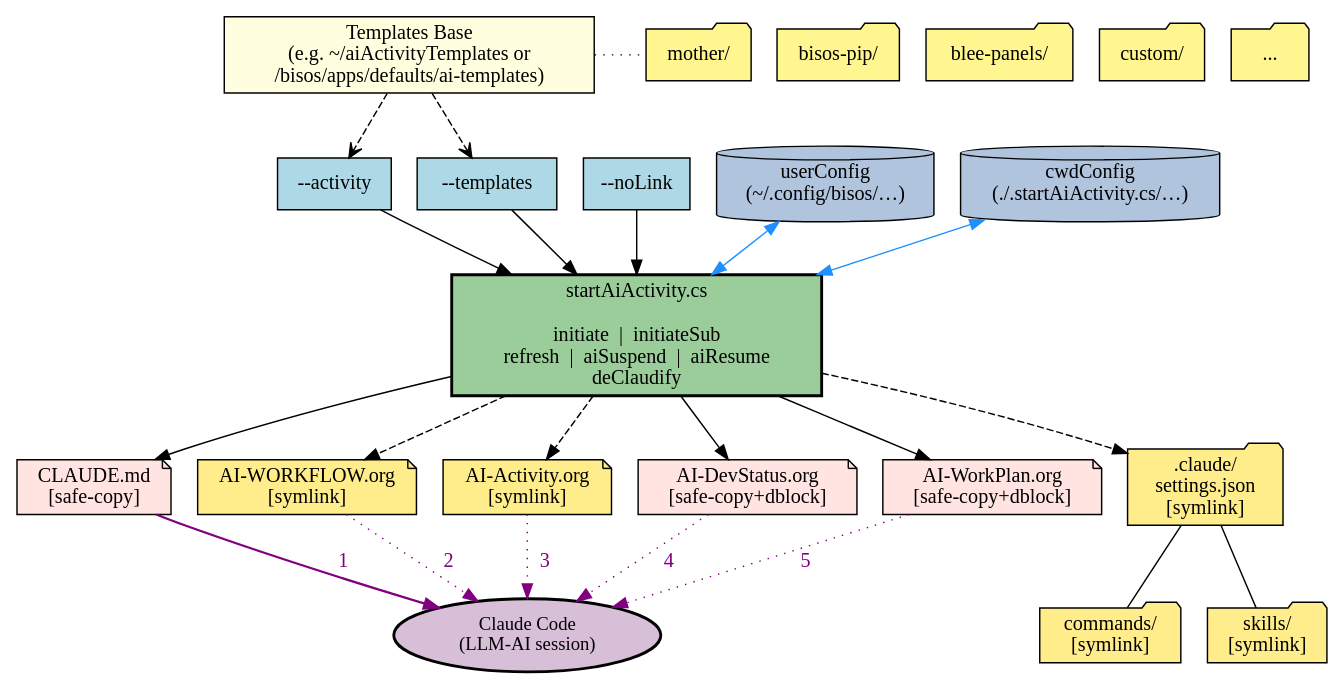
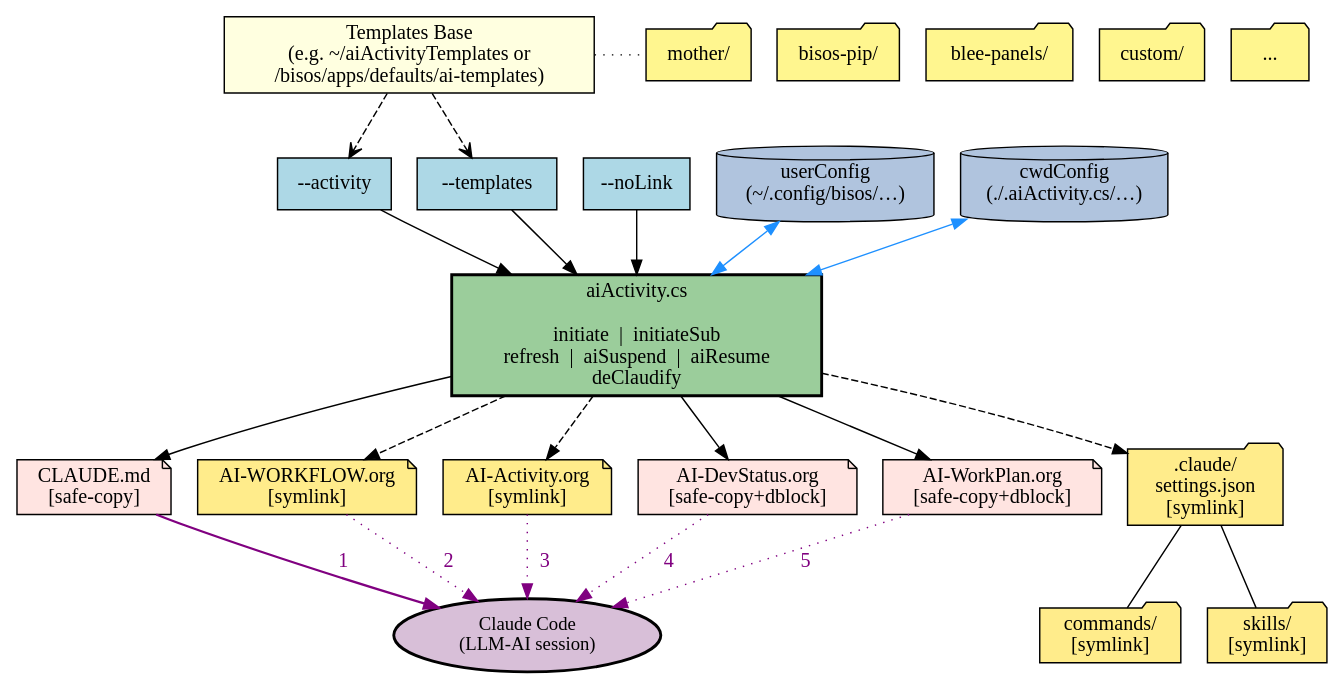
The diagram in py3/images/aiActivityFlow.gv (bisos-pip/startAiActivity), drawn with Graphviz before and after one commit. The commit also changed 7 other files, not shown here.

Commit message:
Changed startAiActivity to aiActivity in graphviz.

```diff
--- a/py3/images/aiActivityFlow.gv
+++ b/py3/images/aiActivityFlow.gv
@@ -1,75 +1,75 @@
 digraph {
 	rankdir=TB
 	{
 		rank=same
 		tpl_base [label="Templates Base
 (e.g. ~/aiActivityTemplates or
 /bisos/apps/defaults/ai-templates)" fillcolor=lightyellow shape=rectangle style=filled]
 		tpl_mother [label="mother/" fillcolor=khaki1 shape=folder style=filled]
 		tpl_bisospip [label="bisos-pip/" fillcolor=khaki1 shape=folder style=filled]
 		tpl_bleepanels [label="blee-panels/" fillcolor=khaki1 shape=folder style=filled]
 		tpl_custom [label="custom/" fillcolor=khaki1 shape=folder style=filled]
 		tpl_dots [label="..." fillcolor=khaki1 shape=folder style=filled]
 	}
 	tpl_base -> tpl_mother [arrowhead=none constraint=false style=dotted]
 	{
 		rank=same
 		par_activity [label="--activity" fillcolor=lightblue shape=rectangle style=filled]
 		par_templates [label="--templates" fillcolor=lightblue shape=rectangle style=filled]
 		par_nolink [label="--noLink" fillcolor=lightblue shape=rectangle style=filled]
 		par_userconfig [label="userConfig
 (~/.config/bisos/…)" fillcolor=lightsteelblue shape=cylinder style=filled]
 		par_cwdconfig [label="cwdConfig
-(./.startAiActivity.cs/…)" fillcolor=lightsteelblue shape=cylinder style=filled]
+(./.aiActivity.cs/…)" fillcolor=lightsteelblue shape=cylinder style=filled]
 	}
 	tpl_base -> par_templates [arrowhead=vee style=dashed]
 	tpl_base -> par_activity [arrowhead=vee style=dashed]
-	engine [label="startAiActivity.cs
+	engine [label="aiActivity.cs
 
 initiate  |  initiateSub
 refresh  |  aiSuspend  |  aiResume
 deClaudify" fillcolor=darkseagreen3 fontsize=14 shape=rectangle style="filled,bold"]
 	par_activity -> engine
 	par_templates -> engine
 	par_nolink -> engine
 	par_userconfig -> engine [color=dodgerblue dir=both]
 	par_cwdconfig -> engine [color=dodgerblue dir=both]
 	{
 		rank=same
 		gen_claude [label="CLAUDE.md
 [safe-copy]" fillcolor=mistyrose shape=note style=filled]
 		gen_workflow [label="AI-WORKFLOW.org
 [symlink]" fillcolor=lightgoldenrod1 shape=note style=filled]
 		gen_activity [label="AI-Activity.org
 [symlink]" fillcolor=lightgoldenrod1 shape=note style=filled]
 		gen_devstatus [label="AI-DevStatus.org
 [safe-copy+dblock]" fillcolor=mistyrose shape=note style=filled]
 		gen_workplan [label="AI-WorkPlan.org
 [safe-copy+dblock]" fillcolor=mistyrose shape=note style=filled]
 		gen_claudedir [label=".claude/
 settings.json
 [symlink]" fillcolor=lightgoldenrod1 shape=folder style=filled]
 	}
 	{
 		rank=same
 		cld_commands [label="commands/
 [symlink]" fillcolor=lightgoldenrod1 shape=folder style=filled]
 		cld_skills [label="skills/
 [symlink]" fillcolor=lightgoldenrod1 shape=folder style=filled]
 	}
 	gen_claudedir -> cld_commands [arrowhead=none style=solid]
 	gen_claudedir -> cld_skills [arrowhead=none style=solid]
 	engine -> gen_claude
 	engine -> gen_workflow [style=dashed]
 	engine -> gen_activity [style=dashed]
 	engine -> gen_devstatus
 	engine -> gen_workplan
 	engine -> gen_claudedir [style=dashed]
 	claude [label="Claude Code
 (LLM-AI session)" fillcolor=thistle fontsize=13 shape=ellipse style="filled,bold"]
 	gen_claude -> claude [label="  1  " color=purple fontcolor=purple penwidth=1.6]
 	gen_workflow -> claude [label="  2  " color=purple fontcolor=purple style=dotted]
 	gen_activity -> claude [label="  3  " color=purple fontcolor=purple style=dotted]
 	gen_devstatus -> claude [label="  4  " color=purple fontcolor=purple style=dotted]
 	gen_workplan -> claude [label="  5  " color=purple fontcolor=purple style=dotted]
 }
```
